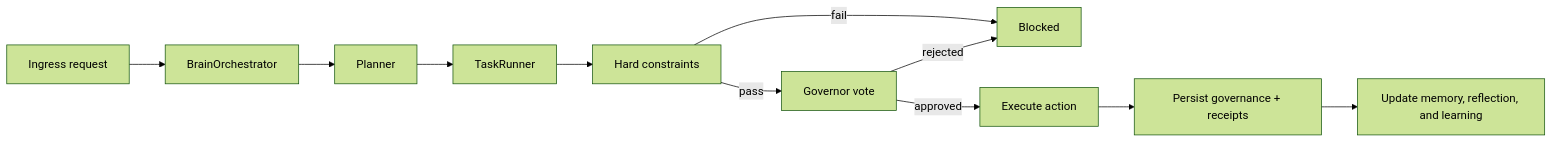
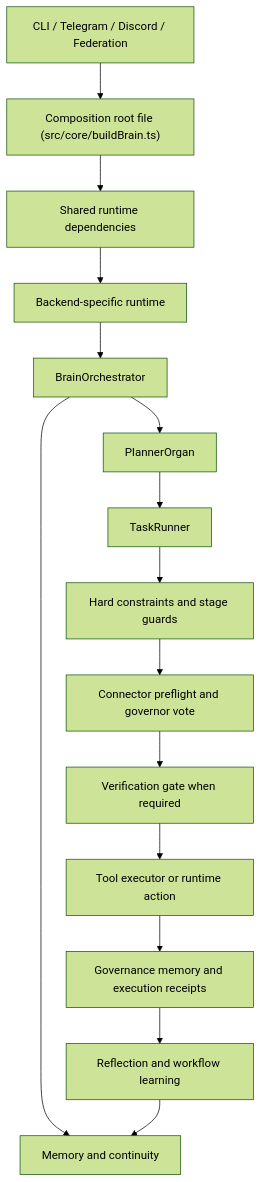
One commit to AgentBigBrain/AgentBigBrain changed the diagram in docs/ARCHITECTURE.md. Above: the diagram before and after it, drawn with Mermaid (forest theme). The commit also changed other lines of this file and 10 other files, not shown here.

````diff
--- a/docs/ARCHITECTURE.md
+++ b/docs/ARCHITECTURE.md
@@ -55,13 +96,20 @@
 ```mermaid
-flowchart LR
-    A["Ingress request"] --> B["BrainOrchestrator"]
-    B --> C["Planner"]
-    C --> D["TaskRunner"]
-    D --> E["Hard constraints"]
-    E -->|pass| F["Governor vote"]
-    E -->|fail| X["Blocked"]
-    F -->|approved| G["Execute action"]
-    F -->|rejected| X
-    G --> H["Persist governance + receipts"]
-    H --> I["Update memory, reflection, and learning"]
+flowchart TB
+    Ingress["CLI / Telegram / Discord / Federation"] --> CompositionRoot["Composition root file (src/core/buildBrain.ts)"]
+    CompositionRoot --> Shared["Shared runtime dependencies"]
+    Shared --> Backend["Backend-specific runtime"]
+    Backend --> Orchestrator["BrainOrchestrator"]
+
+    Orchestrator --> Planner["PlannerOrgan"]
+    Planner --> Runner["TaskRunner"]
+
+    Runner --> Constraints["Hard constraints and stage guards"]
+    Constraints --> Governance["Connector preflight and governor vote"]
+    Governance --> Verify["Verification gate when required"]
+    Verify --> Execute["Tool executor or runtime action"]
+    Execute --> Evidence["Governance memory and execution receipts"]
+
+    Orchestrator --> Memory["Memory and continuity"]
+    Evidence --> Reflection["Reflection and workflow learning"]
+    Reflection --> Memory
 ```
````
